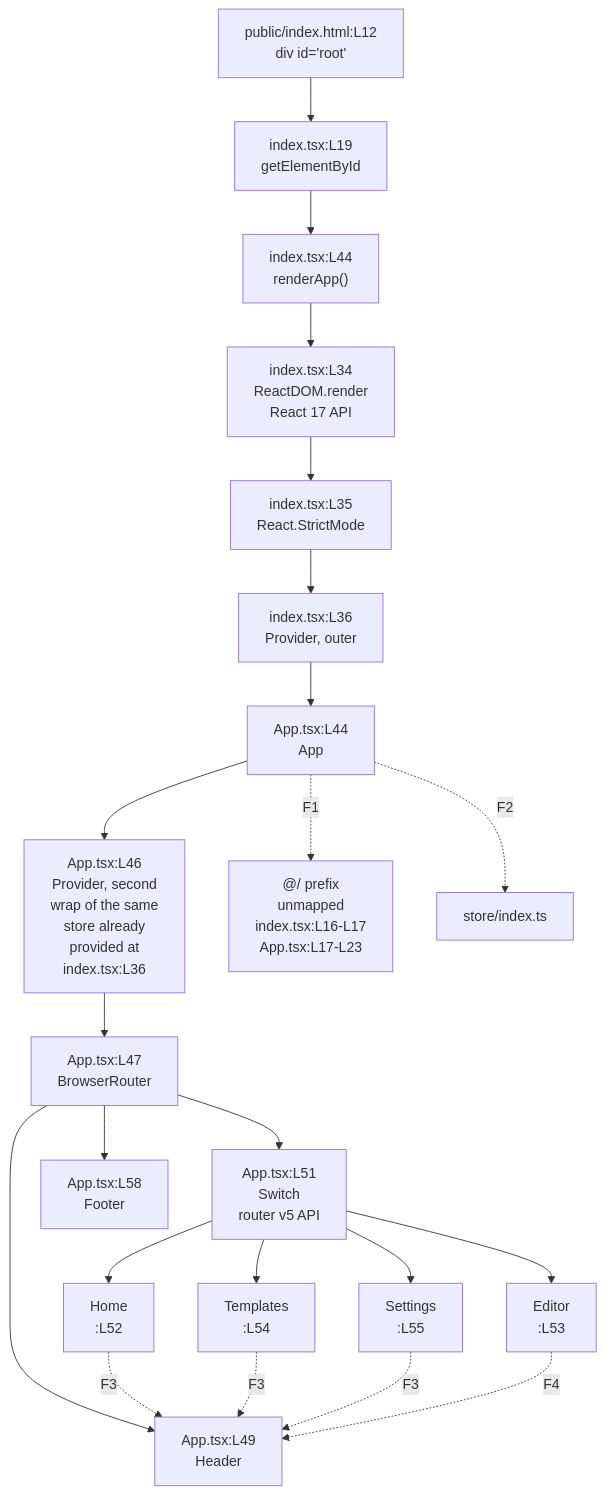
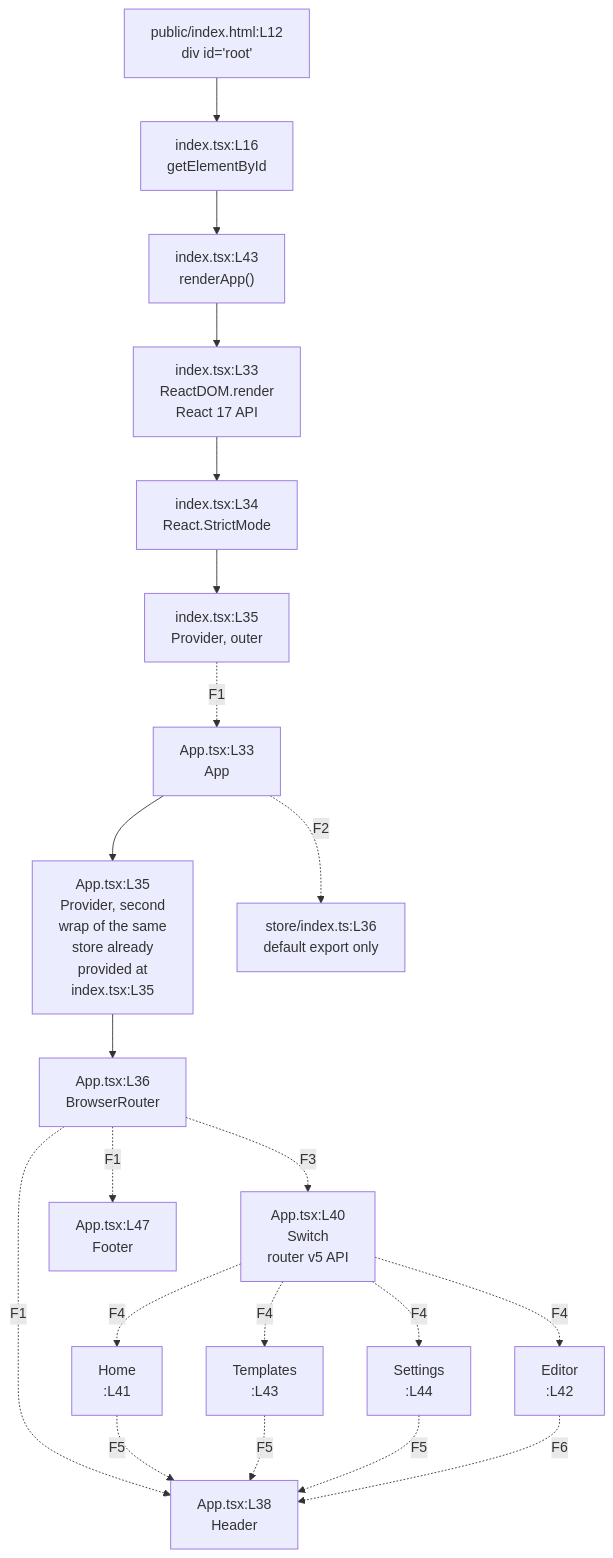
One commit to blitzy-public-samples/microsoft-word-u33ko0 changed the diagram in frontend/src/README.md. Above: the diagram before and after it, drawn with Mermaid. The commit also changed other lines of this file and 69 other files, not shown here.

First line of the commit message:
﻿docs: resolve all 21 code review findings on the documentation layer

````diff
--- a/frontend/src/README.md
+++ b/frontend/src/README.md
@@ -111,28 +109,27 @@
 ```mermaid
 graph TD
     accTitle: Bootstrap to providers to router to the four routed pages
-    accDescr: A solid edge runs today once the alias resolves. A dashed edge marks a defect, and every dashed edge carries a key resolved in the table below the diagram. The store is provided twice and each page renders its own shell.
-    HTML["public/index.html:L12<br/>div id='root'"] --> ROOT["index.tsx:L19<br/>getElementById"]
-    ROOT --> CALL["index.tsx:L44<br/>renderApp()"]
-    CALL --> RENDER["index.tsx:L34<br/>ReactDOM.render<br/>React 17 API"]
-    RENDER --> STRICT["index.tsx:L35<br/>React.StrictMode"]
-    STRICT --> P1["index.tsx:L36<br/>Provider, outer"]
-    P1 --> APP["App.tsx:L44<br/>App"]
-    APP --> P2["App.tsx:L46<br/>Provider, second<br/>wrap of the same<br/>store already<br/>provided at<br/>index.tsx:L36"]
-    P2 --> BR["App.tsx:L47<br/>BrowserRouter"]
-    BR --> HDR["App.tsx:L49<br/>Header"]
-    BR --> SW["App.tsx:L51<br/>Switch<br/>router v5 API"]
-    BR --> FTR["App.tsx:L58<br/>Footer"]
-    SW --> HOME["Home<br/>:L52"]
-    SW --> EDIT["Editor<br/>:L53"]
-    SW --> TPL["Templates<br/>:L54"]
-    SW --> SET["Settings<br/>:L55"]
+    accDescr: A solid edge holds in the committed code. A dashed edge crosses a boundary the code cannot resolve, and each dashed edge carries a key resolved in the table below the diagram. Four boundaries are dashed here: the unmapped at-slash prefix, the store export shape, the removed router element, and the removed route props. Two further dashed edges record the shell each page renders a second time.
+    HTML["public/index.html:L12<br/>div id='root'"] --> ROOT["index.tsx:L16<br/>getElementById"]
+    ROOT --> CALL["index.tsx:L43<br/>renderApp()"]
+    CALL --> RENDER["index.tsx:L33<br/>ReactDOM.render<br/>React 17 API"]
+    RENDER --> STRICT["index.tsx:L34<br/>React.StrictMode"]
+    STRICT --> P1["index.tsx:L35<br/>Provider, outer"]
+    P1 -.->|"F1"| APP["App.tsx:L33<br/>App"]
+    APP --> P2["App.tsx:L35<br/>Provider, second<br/>wrap of the same<br/>store already<br/>provided at<br/>index.tsx:L35"]
+    P2 --> BR["App.tsx:L36<br/>BrowserRouter"]
+    BR -.->|"F1"| HDR["App.tsx:L38<br/>Header"]
+    BR -.->|"F3"| SW["App.tsx:L40<br/>Switch<br/>router v5 API"]
+    BR -.->|"F1"| FTR["App.tsx:L47<br/>Footer"]
+    SW -.->|"F4"| HOME["Home<br/>:L41"]
+    SW -.->|"F4"| EDIT["Editor<br/>:L42"]
+    SW -.->|"F4"| TPL["Templates<br/>:L43"]
+    SW -.->|"F4"| SET["Settings<br/>:L44"]
 
-    APP -.->|"F1"| ALIAS["@/ prefix<br/>unmapped<br/>index.tsx:L16-L17<br/>App.tsx:L17-L23"]
-    APP -.->|"F2"| STORE["store/index.ts"]
-    HOME & TPL & SET -.->|"F3"| HDR
-    EDIT -.->|"F4"| HDR
+    APP -.->|"F2"| STORE["store/index.ts:L36<br/>default export only"]
+    HOME & TPL & SET -.->|"F5"| HDR
+    EDIT -.->|"F6"| HDR
 
-%% A solid edge runs today once the alias resolves. A dashed edge marks a defect,
-%% and the table below the diagram names it.
+%% Solid holds today. Dashed marks a boundary the code cannot resolve, and the
+%% table below the diagram names each one.
 ```
````
